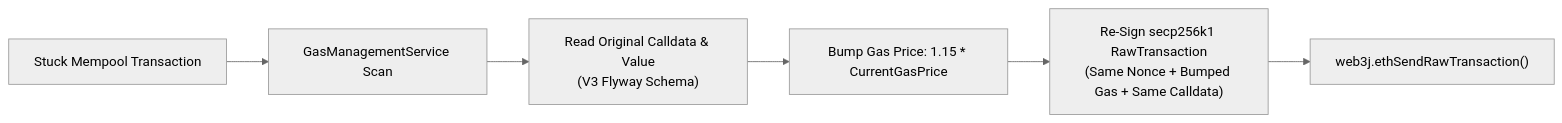
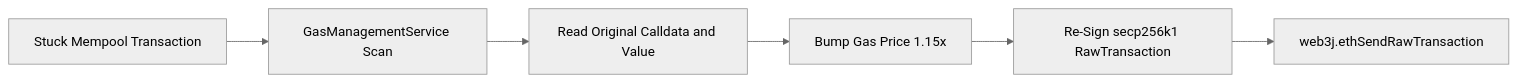
One commit to 0xshikhar/chainpay changed the second of 4 diagrams in docs/architecture-and-testing-guide.md. Above: the diagram before and after it, drawn with Mermaid (neutral theme). The commit also changed other lines of this file and 4 other files, not shown here.

````diff
--- a/docs/architecture-and-testing-guide.md
+++ b/docs/architecture-and-testing-guide.md
@@ -153,8 +153,8 @@
 ```mermaid
 flowchart LR
     StuckTx["Stuck Mempool Transaction"] --> GasService["GasManagementService Scan"]
-    GasService --> ReadCalldata["Read Original Calldata & Value\n(V3 Flyway Schema)"]
-    ReadCalldata --> ScaleGasPrice["Bump Gas Price: 1.15 * CurrentGasPrice"]
-    ScaleGasPrice --> ReSign["Re-Sign secp256k1 RawTransaction\n(Same Nonce + Bumped Gas + Same Calldata)"]
-    ReSign --> Broadcast["web3j.ethSendRawTransaction()"]
+    GasService --> ReadCalldata["Read Original Calldata and Value"]
+    ReadCalldata --> ScaleGasPrice["Bump Gas Price 1.15x"]
+    ScaleGasPrice --> ReSign["Re-Sign secp256k1 RawTransaction"]
+    ReSign --> Broadcast["web3j.ethSendRawTransaction"]
 ```
````
